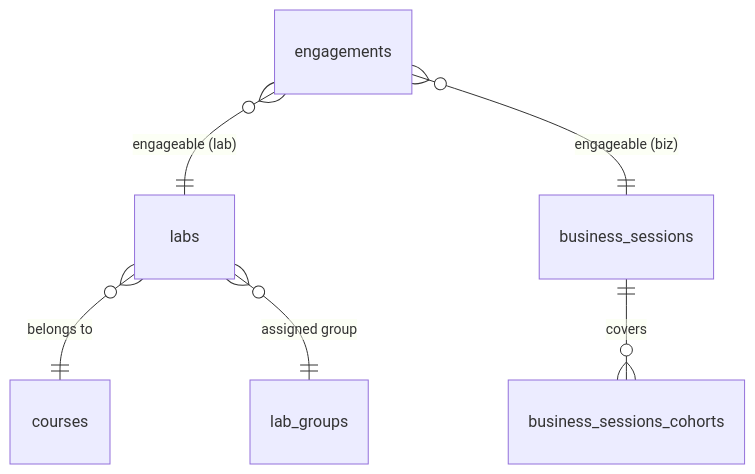
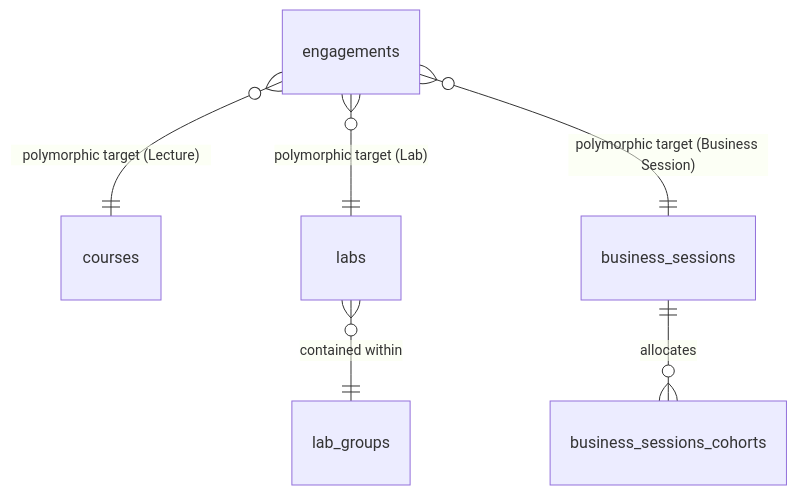
One commit to AndrewEmad14/attendance-and-grading-platform-backend changed the third of 6 diagrams in README.md. Above: the diagram before and after it, drawn with Mermaid. The commit also changed other lines of this file and 1 other file, not shown here.

````diff
--- a/README.md
+++ b/README.md
@@ -165,12 +157,8 @@
 ```mermaid
 erDiagram
-    engagements {}
-    labs {}
-    business_sessions {}
-    business_sessions_cohorts {}
-    engagements             }o--|| labs                    : "engageable (lab)"
-    engagements             }o--|| business_sessions       : "engageable (biz)"
-    labs                    }o--|| courses                 : "belongs to"
-    labs                    }o--|| lab_groups              : "assigned group"
-    business_sessions       ||--o{ business_sessions_cohorts : "covers"
+    engagements }o--|| courses : "polymorphic target (Lecture)"
+    engagements }o--|| labs : "polymorphic target (Lab)"
+    engagements }o--|| business_sessions : "polymorphic target (Business Session)"
+    labs }o--|| lab_groups : "contained within"
+    business_sessions ||--o{ business_sessions_cohorts : "allocates"
 ```
````
